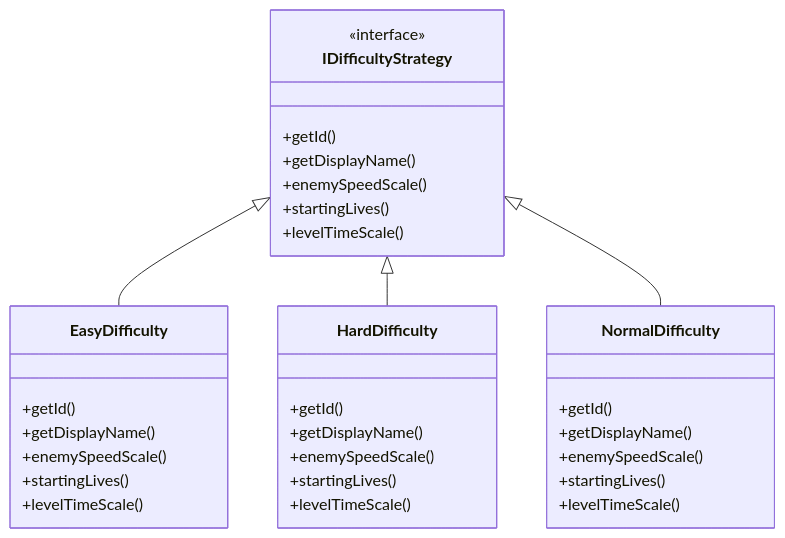
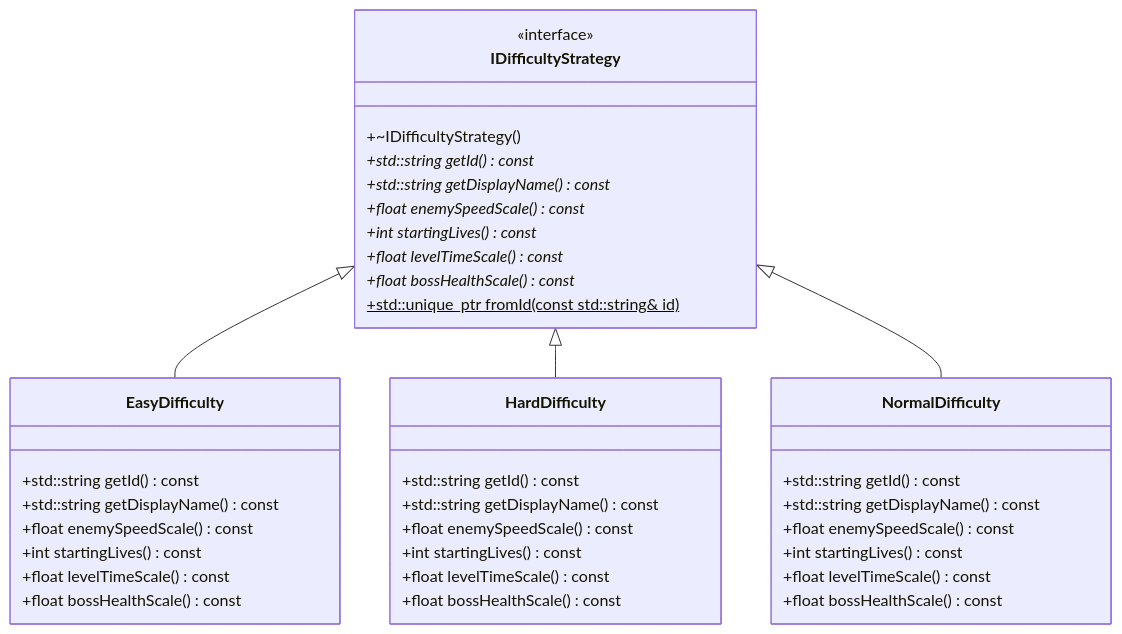
One commit to ndmhuy/SuperMarioGame changed the sixth of 6 diagrams in class_diagram.md. Above: the diagram before and after it, drawn with Mermaid. The commit also changed other lines of this file and 9 other files, not shown here.

````diff
--- a/class_diagram.md
+++ b/class_diagram.md
@@ -702,35 +1609,41 @@
 ```mermaid
 classDiagram
     class IDifficultyStrategy {
         <<interface>>
-        +getId()
-        +getDisplayName()
-        +enemySpeedScale()
-        +startingLives()
-        +levelTimeScale()
+        +~IDifficultyStrategy()
+        +std::string getId() const*
+        +std::string getDisplayName() const*
+        +float enemySpeedScale() const*
+        +int startingLives() const*
+        +float levelTimeScale() const*
+        +float bossHealthScale() const*
+        +std::unique_ptr<IDifficultyStrategy> fromId(const std::string& id)$
     }
     class EasyDifficulty {
-        +getId()
-        +getDisplayName()
-        +enemySpeedScale()
-        +startingLives()
-        +levelTimeScale()
+        +std::string getId() const
+        +std::string getDisplayName() const
+        +float enemySpeedScale() const
+        +int startingLives() const
+        +float levelTimeScale() const
+        +float bossHealthScale() const
     }
     class HardDifficulty {
-        +getId()
-        +getDisplayName()
-        +enemySpeedScale()
-        +startingLives()
-        +levelTimeScale()
+        +std::string getId() const
+        +std::string getDisplayName() const
+        +float enemySpeedScale() const
+        +int startingLives() const
+        +float levelTimeScale() const
+        +float bossHealthScale() const
     }
     class NormalDifficulty {
-        +getId()
-        +getDisplayName()
-        +enemySpeedScale()
-        +startingLives()
-        +levelTimeScale()
+        +std::string getId() const
+        +std::string getDisplayName() const
+        +float enemySpeedScale() const
+        +int startingLives() const
+        +float levelTimeScale() const
+        +float bossHealthScale() const
     }
     IDifficultyStrategy <|-- EasyDifficulty
     IDifficultyStrategy <|-- HardDifficulty
     IDifficultyStrategy <|-- NormalDifficulty
 ```
````
